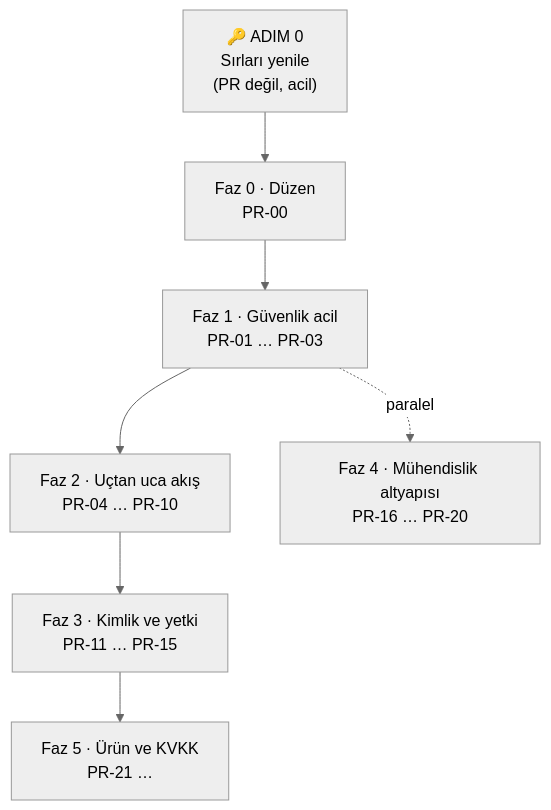
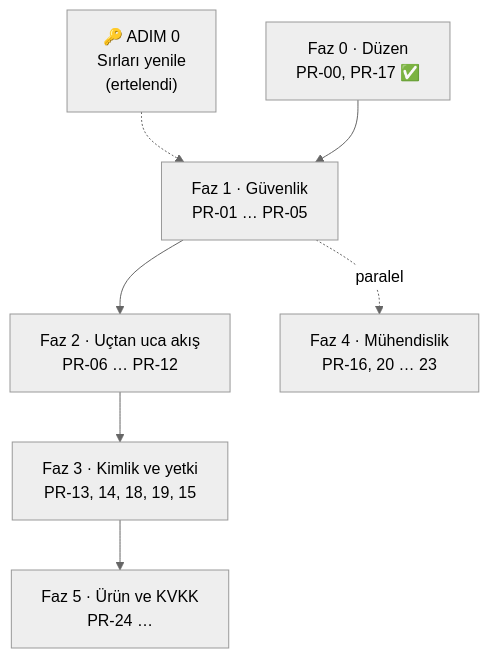
The second of 2 diagrams in ROADMAP.md (bitirmesel/GraduationProject), drawn with Mermaid (neutral theme) before and after one commit. The commit also changed other lines of this file and 1 other file, not shown here.

````diff
--- a/ROADMAP.md
+++ b/ROADMAP.md
@@ -56,9 +57,9 @@
 ```mermaid
 flowchart TD
-    S0["🔑 ADIM 0<br/>Sırları yenile<br/>(PR değil, acil)"] --> P0["Faz 0 · Düzen<br/>PR-00"]
-    P0 --> P1["Faz 1 · Güvenlik acil<br/>PR-01 … PR-03"]
-    P1 --> P2["Faz 2 · Uçtan uca akış<br/>PR-04 … PR-10"]
-    P2 --> P3["Faz 3 · Kimlik ve yetki<br/>PR-11 … PR-15"]
-    P1 -.paralel.-> P4["Faz 4 · Mühendislik altyapısı<br/>PR-16 … PR-20"]
-    P3 --> P5["Faz 5 · Ürün ve KVKK<br/>PR-21 …"]
+    S0["🔑 ADIM 0<br/>Sırları yenile<br/>(ertelendi)"] -.-> P1
+    P0["Faz 0 · Düzen<br/>PR-00, PR-17 ✅"] --> P1["Faz 1 · Güvenlik<br/>PR-01 … PR-05"]
+    P1 --> P2["Faz 2 · Uçtan uca akış<br/>PR-06 … PR-12"]
+    P2 --> P3["Faz 3 · Kimlik ve yetki<br/>PR-13, 14, 18, 19, 15"]
+    P1 -.paralel.-> P4["Faz 4 · Mühendislik<br/>PR-16, 20 … 23"]
+    P3 --> P5["Faz 5 · Ürün ve KVKK<br/>PR-24 …"]
 ```
````
